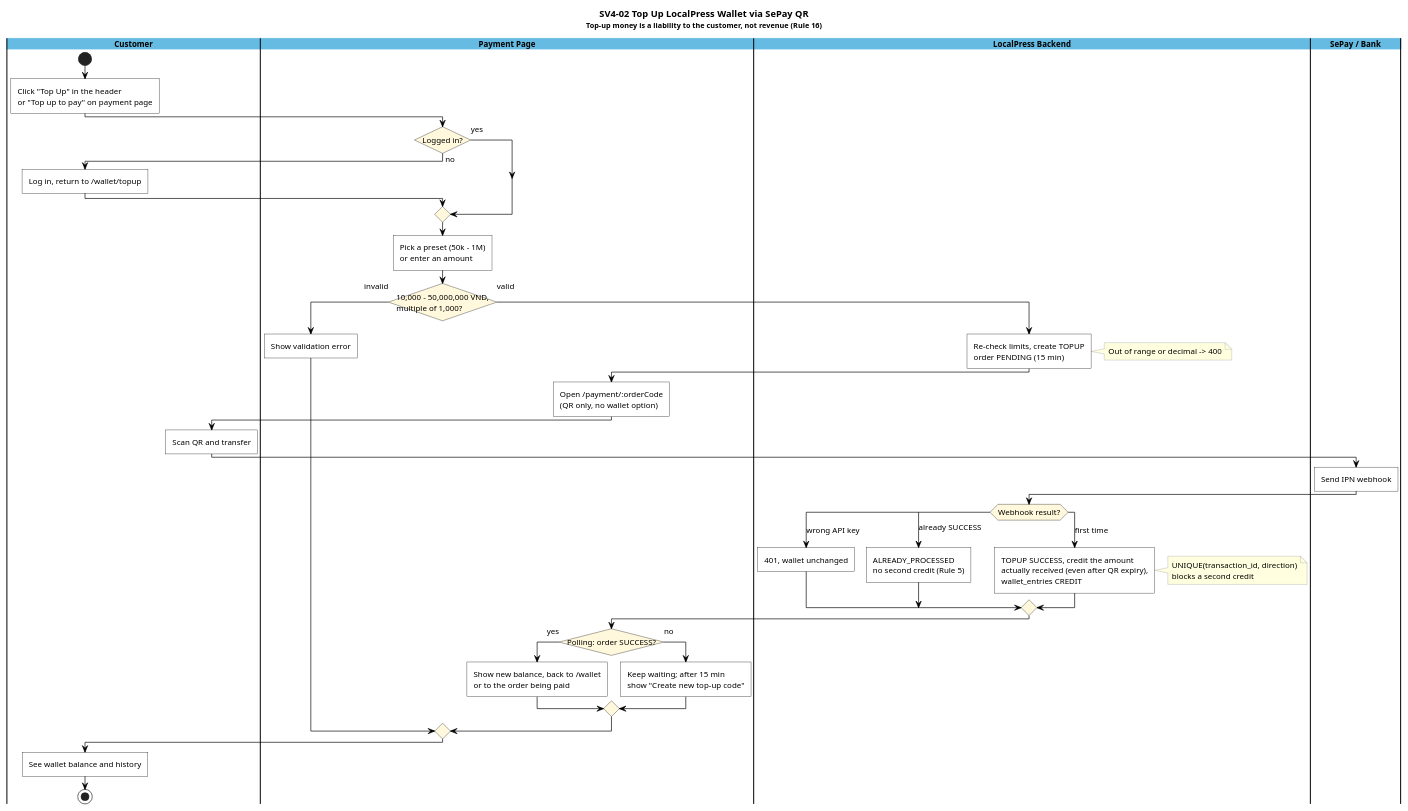
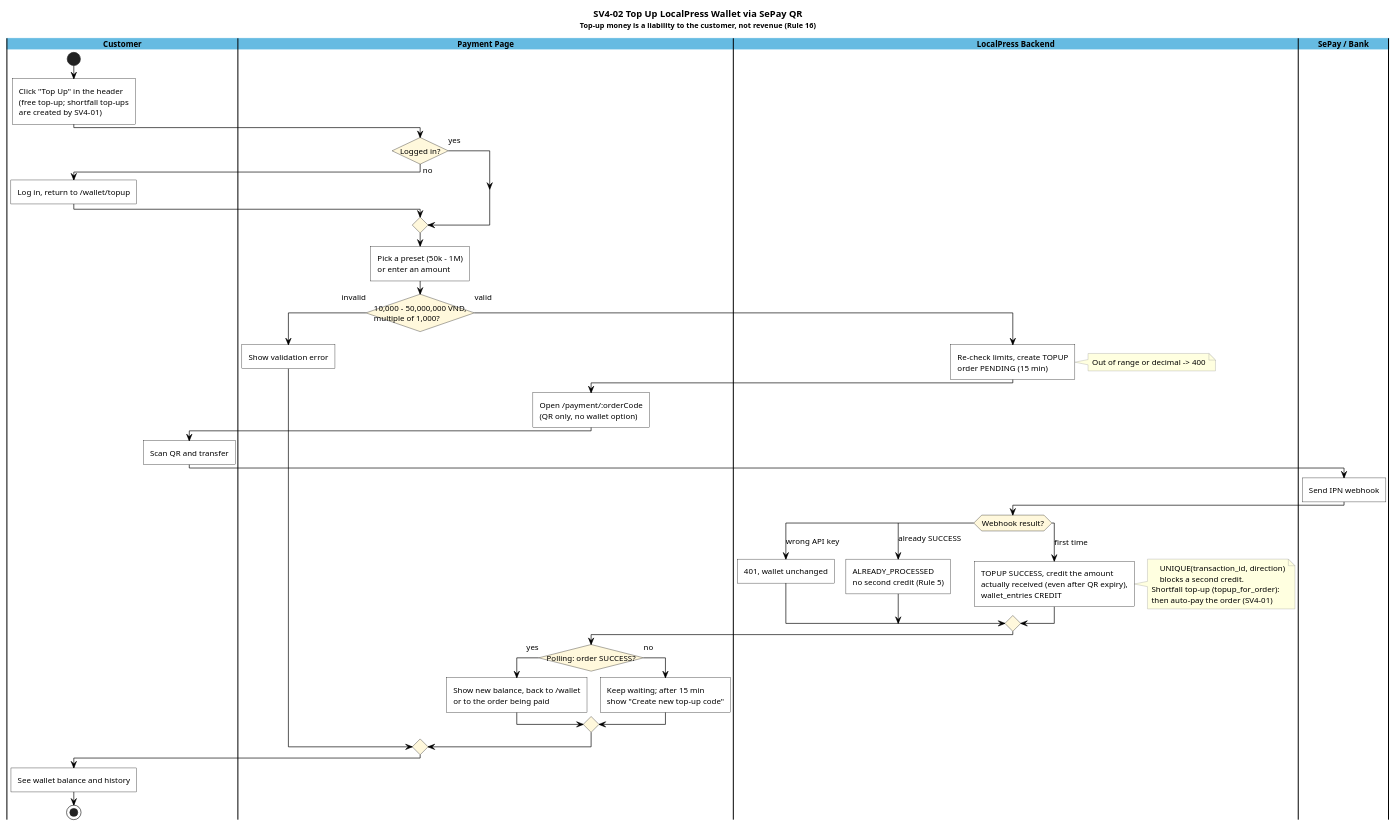
The diagram in docs/sv4/02_source/swimlane_sv4_02_wallet_topup.puml (huyz4nny/SWP391_LOCALPRESS-REVENUE-TRUST-PLATFORM), drawn with PlantUML before and after one commit. The commit also changed 189 other files, not shown here.

```diff
--- a/docs/sv4/02_source/swimlane_sv4_02_wallet_topup.puml
+++ b/docs/sv4/02_source/swimlane_sv4_02_wallet_topup.puml
@@ -1,93 +1,96 @@
 @startuml swimlane_sv4_02_wallet_topup
 title SV4-02 Top Up LocalPress Wallet via SePay QR\n<size:11>Top-up money is a liability to the customer, not revenue (Rule 16)</size>
 
 scale max 4000 width
 skinparam backgroundColor white
 skinparam shadowing false
 skinparam defaultFontName Arial
 skinparam defaultFontSize 12
 skinparam ArrowColor #000000
 skinparam conditionStyle InsideDiamond
 skinparam roundCorner 0
 skinparam swimlane {
   BorderColor #000000
   TitleBackgroundColor #66BBE2
   TitleFontStyle bold
 }
 skinparam activity {
   BackgroundColor white
   BorderColor #000000
   DiamondBackgroundColor #FFF8DC
   DiamondBorderColor #000000
 }
 skinparam note {
   BackgroundColor #FFFFE0
   BorderColor #999999
 }
 
 |Customer|
 |Payment Page|
 |LocalPress Backend|
 |SePay / Bank|
 
 |Customer|
 start
 :Click "Top Up" in the header
-or "Top up to pay" on payment page;
+(free top-up; shortfall top-ups
+are created by SV4-01);
 |Payment Page|
 if (Logged in?) then (yes)
 else (no)
   |Customer|
   :Log in, return to /wallet/topup;
 endif
 |Payment Page|
 :Pick a preset (50k - 1M)
 or enter an amount;
 if (10,000 - 50,000,000 VND,
 multiple of 1,000?) then (invalid)
   |Payment Page|
   :Show validation error;
 else (valid)
   |LocalPress Backend|
   :Re-check limits, create TOPUP
 order PENDING (15 min);
   note right
   Out of range or decimal -> 400
   end note
   |Payment Page|
   :Open /payment/:orderCode
 (QR only, no wallet option);
   |Customer|
   :Scan QR and transfer;
   |SePay / Bank|
   :Send IPN webhook;
   |LocalPress Backend|
   switch (Webhook result?)
   case (wrong API key)
     :401, wallet unchanged;
   case (already SUCCESS)
     :ALREADY_PROCESSED
 no second credit (Rule 5);
   case (first time)
     :TOPUP SUCCESS, credit the amount
 actually received (even after QR expiry),
 wallet_entries CREDIT;
     note right
     UNIQUE(transaction_id, direction)
-    blocks a second credit
+    blocks a second credit.
+Shortfall top-up (topup_for_order):
+then auto-pay the order (SV4-01)
     end note
   endswitch
   |Payment Page|
   if (Polling: order SUCCESS?) then (yes)
     :Show new balance, back to /wallet
 or to the order being paid;
   else (no)
     :Keep waiting; after 15 min
 show "Create new top-up code";
   endif
 endif
 |Customer|
 :See wallet balance and history;
 stop
 
 @enduml
```
